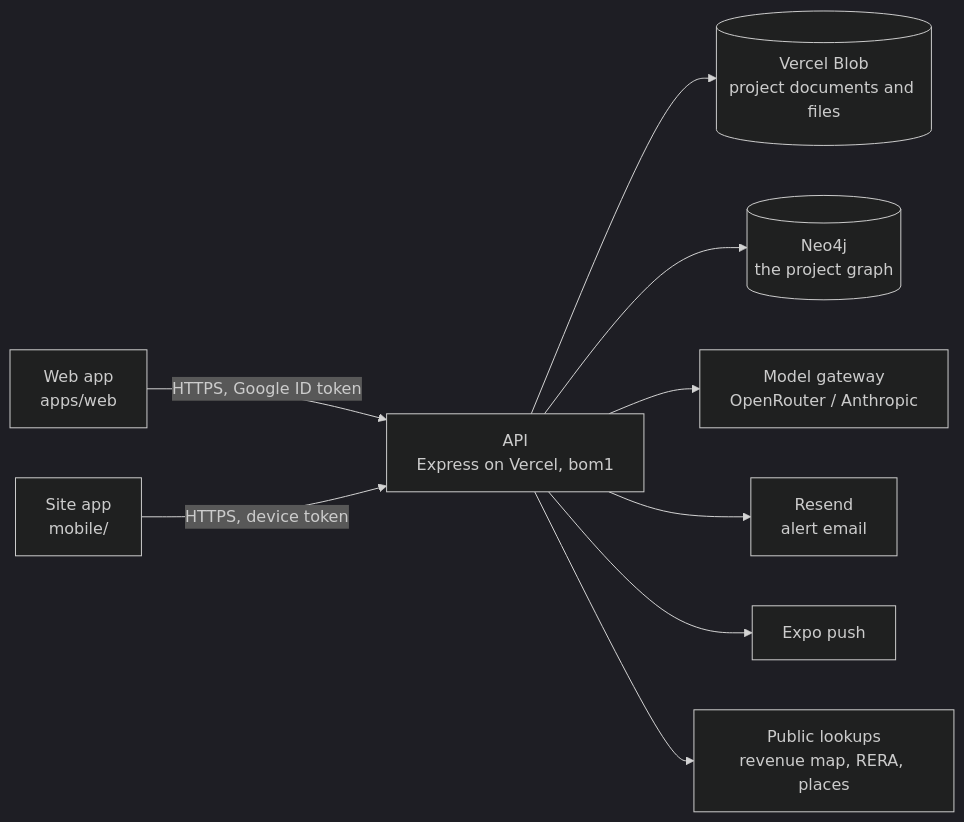
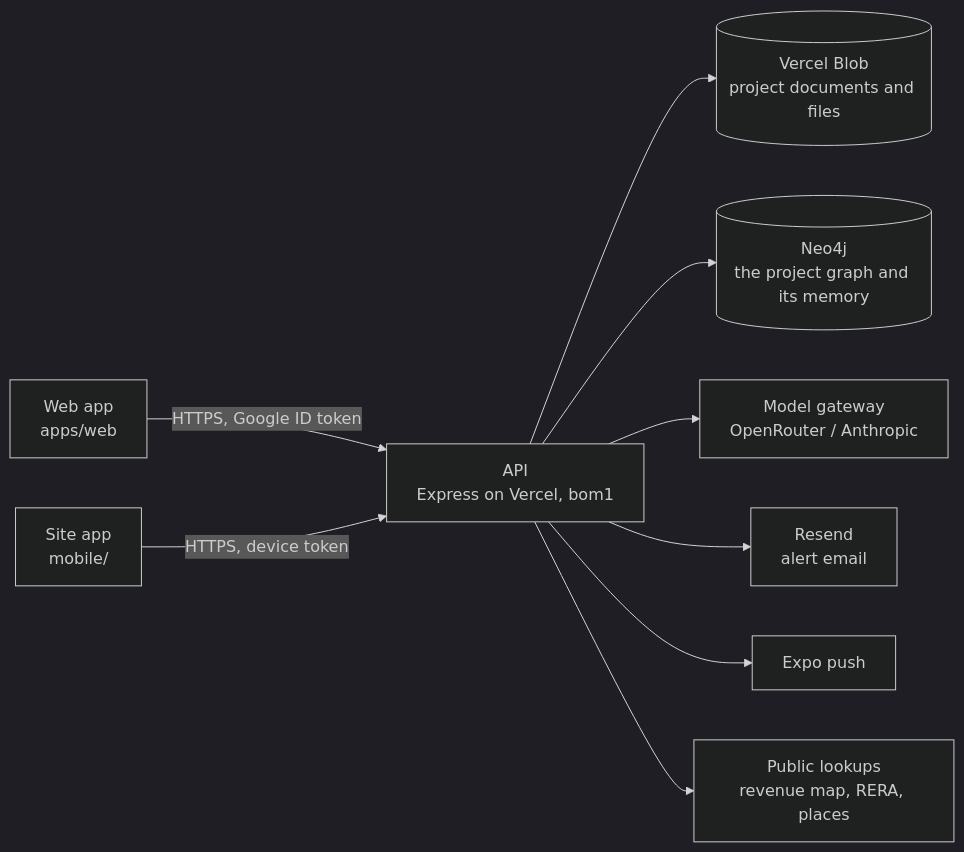
One commit to gnanalytica/Realytica changed the diagram in docs/architecture.md. Above: the diagram before and after it, drawn with Mermaid (dark theme). The commit also changed other lines of this file and 415 other files, not shown here.

````diff
--- a/docs/architecture.md
+++ b/docs/architecture.md
@@ -5,11 +5,11 @@
 ```mermaid
 flowchart LR
   web[Web app<br/>apps/web] -->|HTTPS, Google ID token| api
   phone[Site app<br/>mobile/] -->|HTTPS, device token| api
   api[API<br/>Express on Vercel, bom1] --> blob[(Vercel Blob<br/>project documents and files)]
-  api --> neo[(Neo4j<br/>the project graph)]
+  api --> neo[(Neo4j<br/>the project graph and its memory)]
   api --> models[Model gateway<br/>OpenRouter / Anthropic]
   api --> email[Resend<br/>alert email]
   api --> expo[Expo push]
   api --> public[Public lookups<br/>revenue map, RERA, places]
 ```
````
